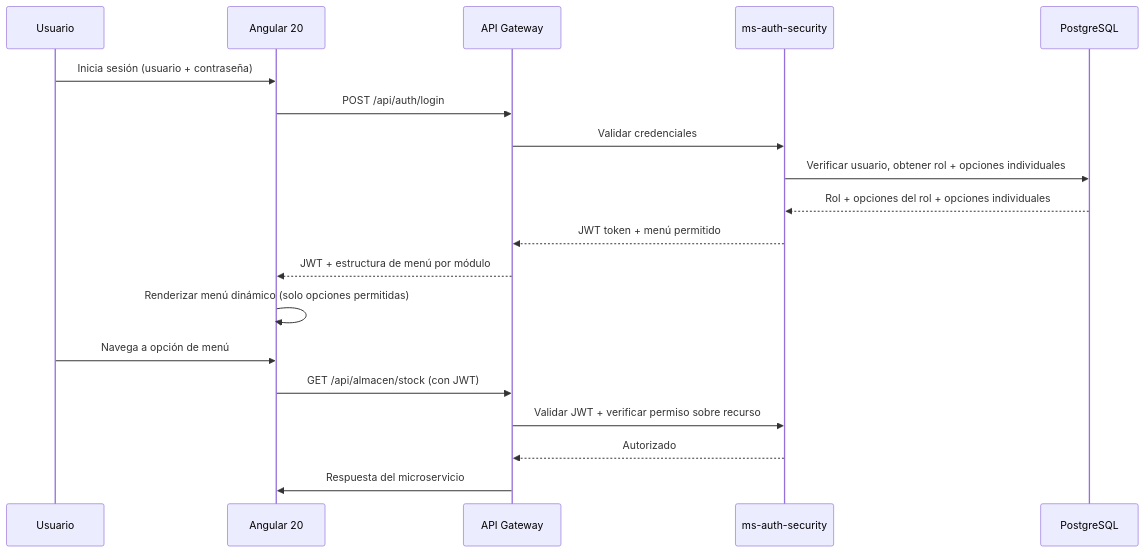
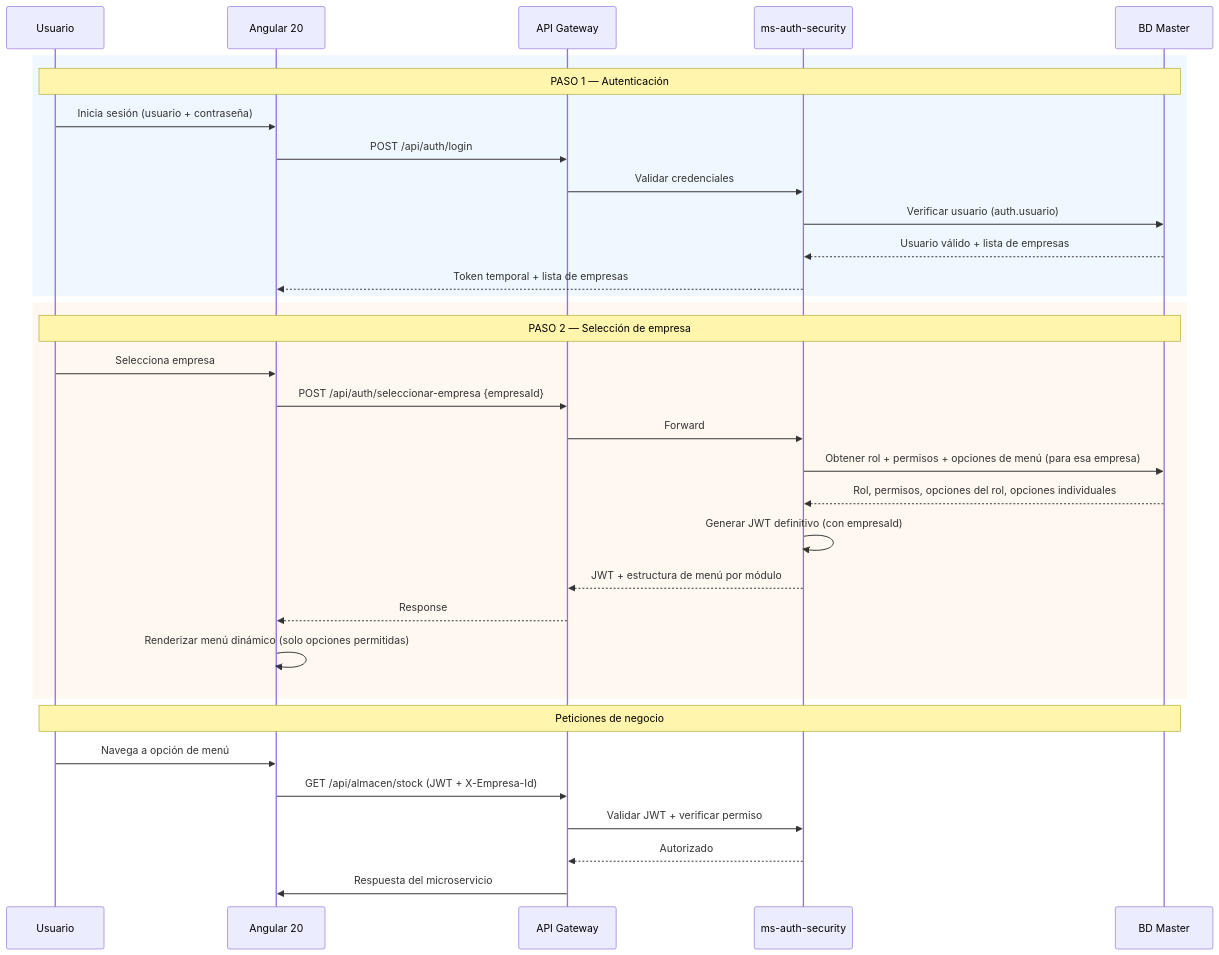
One commit to jramirezch1978/sigre_web changed the tenth of 13 diagrams in restaurante.pe/ROADMAP_RESTAURANT_PE.md. Above: the diagram before and after it, drawn with Mermaid. The commit also changed other lines of this file, not shown here.

Commit message:
feat: Aplicar estrategia Database-per-Tenant al roadmap - auth centralizado, TenantRoutingDataSource, numeracion atomica

````diff
--- a/restaurante.pe/ROADMAP_RESTAURANT_PE.md
+++ b/restaurante.pe/ROADMAP_RESTAURANT_PE.md
@@ -595,22 +604,38 @@
 ```mermaid
 sequenceDiagram
     participant U as Usuario
     participant FE as Angular 20
     participant GW as API Gateway
     participant AUTH as ms-auth-security
-    participant DB as PostgreSQL
+    participant MASTER as BD Master
 
-    U->>FE: Inicia sesión (usuario + contraseña)
-    FE->>GW: POST /api/auth/login
-    GW->>AUTH: Validar credenciales
-    AUTH->>DB: Verificar usuario, obtener rol + opciones individuales
-    DB-->>AUTH: Rol + opciones del rol + opciones individuales
-    AUTH-->>GW: JWT token + menú permitido
-    GW-->>FE: JWT + estructura de menú por módulo
-    FE->>FE: Renderizar menú dinámico (solo opciones permitidas)
+    rect rgb(240, 248, 255)
+        Note over U,MASTER: PASO 1 — Autenticación
+        U->>FE: Inicia sesión (usuario + contraseña)
+        FE->>GW: POST /api/auth/login
+        GW->>AUTH: Validar credenciales
+        AUTH->>MASTER: Verificar usuario (auth.usuario)
+        MASTER-->>AUTH: Usuario válido + lista de empresas
+        AUTH-->>FE: Token temporal + lista de empresas
+    end
+
+    rect rgb(255, 248, 240)
+        Note over U,MASTER: PASO 2 — Selección de empresa
+        U->>FE: Selecciona empresa
+        FE->>GW: POST /api/auth/seleccionar-empresa {empresaId}
+        GW->>AUTH: Forward
+        AUTH->>MASTER: Obtener rol + permisos + opciones de menú (para esa empresa)
+        MASTER-->>AUTH: Rol, permisos, opciones del rol, opciones individuales
+        AUTH->>AUTH: Generar JWT definitivo (con empresaId)
+        AUTH-->>GW: JWT + estructura de menú por módulo
+        GW-->>FE: Response
+        FE->>FE: Renderizar menú dinámico (solo opciones permitidas)
+    end
+
+    Note over U,MASTER: Peticiones de negocio
     U->>FE: Navega a opción de menú
-    FE->>GW: GET /api/almacen/stock (con JWT)
-    GW->>AUTH: Validar JWT + verificar permiso sobre recurso
+    FE->>GW: GET /api/almacen/stock (JWT + X-Empresa-Id)
+    GW->>AUTH: Validar JWT + verificar permiso
     AUTH-->>GW: Autorizado
     GW->>FE: Respuesta del microservicio
 ```
````
